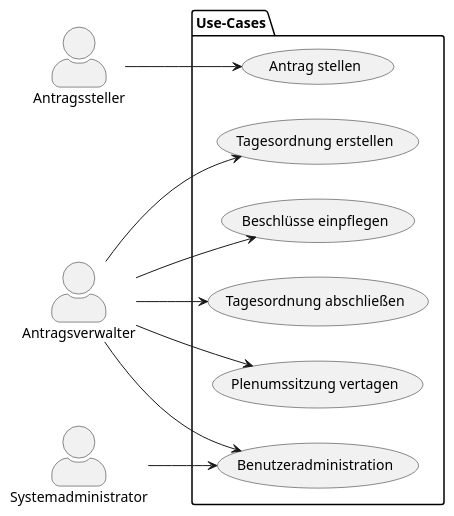
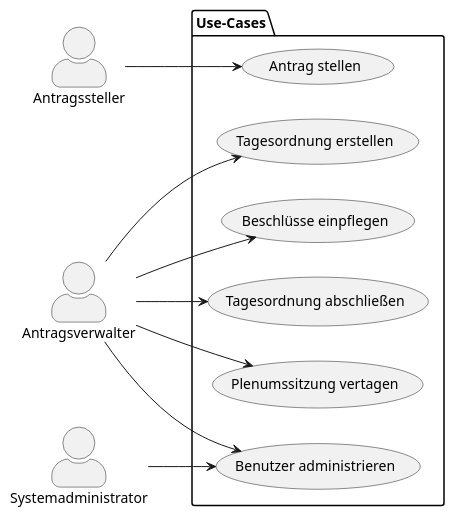
Before and after one commit to ABV-Tool/ABV_Tool: the diagram in docs/requirements/use-case_model.adoc, drawn with PlantUML.

Commit message:
kleine Änderung UC-Diagramm #9

```diff
--- a/docs/requirements/use-case_model.adoc
+++ b/docs/requirements/use-case_model.adoc
@@ -24,27 +24,27 @@
 [plantuml, "{diagramsdir}/use-case-diagramm", svg]
 ....
 @startuml
 left to right direction
 skinparam actorStyle awesome
 actor Antragssteller as AS
 actor Antragsverwalter as AV
 actor Systemadministrator as SA
 
 package Use-Cases {
     usecase "Antrag stellen" as UC1
     usecase "Tagesordnung erstellen" as UC2
     usecase "Beschlüsse einpflegen" as UC6
     usecase "Tagesordnung abschließen" as UC3
     usecase "Plenumssitzung vertagen" as UC4
-    usecase "Benutzeradministration" as UC5
+    usecase "Benutzer administrieren" as UC5
 }
 AS --> UC1
 AV --> UC2
 AV --> UC6
 AV --> UC3
 AV --> UC4
 AV --> UC5
 SA --> UC5
 
 @enduml
 ....
```
